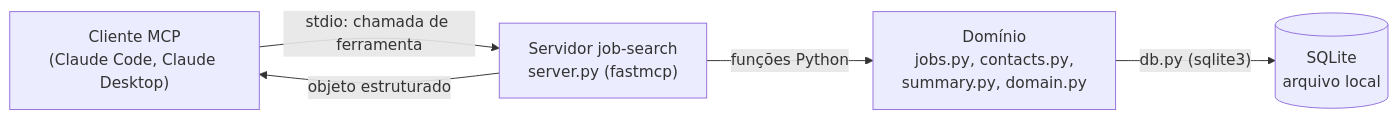
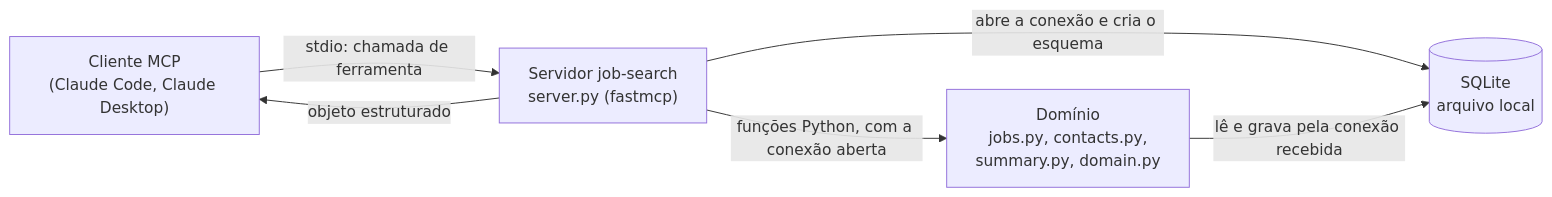
Before and after one commit to lauroPereira/job-search-mcp: the diagram in README.md, drawn with Mermaid. The commit also changed other lines of this file and 2 other files, not shown here.

````diff
--- a/README.md
+++ b/README.md
@@ -15,12 +15,13 @@
 ```mermaid
 flowchart LR
     client["Cliente MCP<br/>(Claude Code, Claude Desktop)"]
     server["Servidor job-search<br/>server.py (fastmcp)"]
     domain["Domínio<br/>jobs.py, contacts.py,<br/>summary.py, domain.py"]
     database[("SQLite<br/>arquivo local")]
 
     client -- "stdio: chamada de ferramenta" --> server
     server -- "objeto estruturado" --> client
-    server -- "funções Python" --> domain
-    domain -- "db.py (sqlite3)" --> database
+    server -- "abre a conexão e cria o esquema" --> database
+    server -- "funções Python, com a conexão aberta" --> domain
+    domain -- "lê e grava pela conexão recebida" --> database
 ```
````
